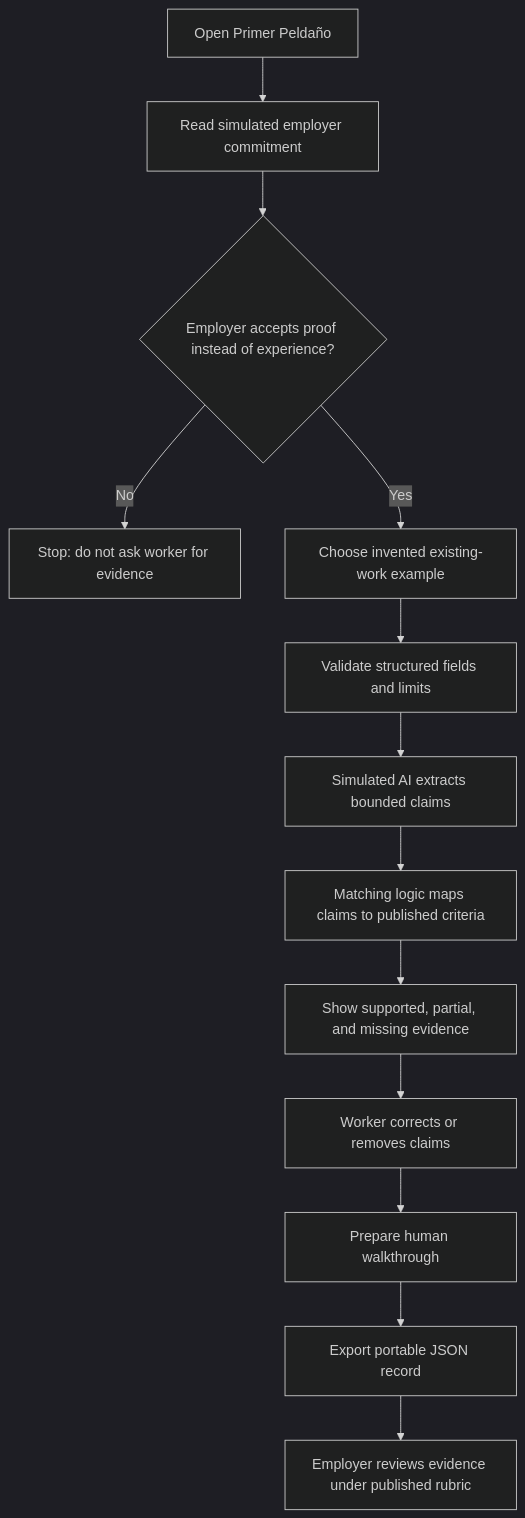
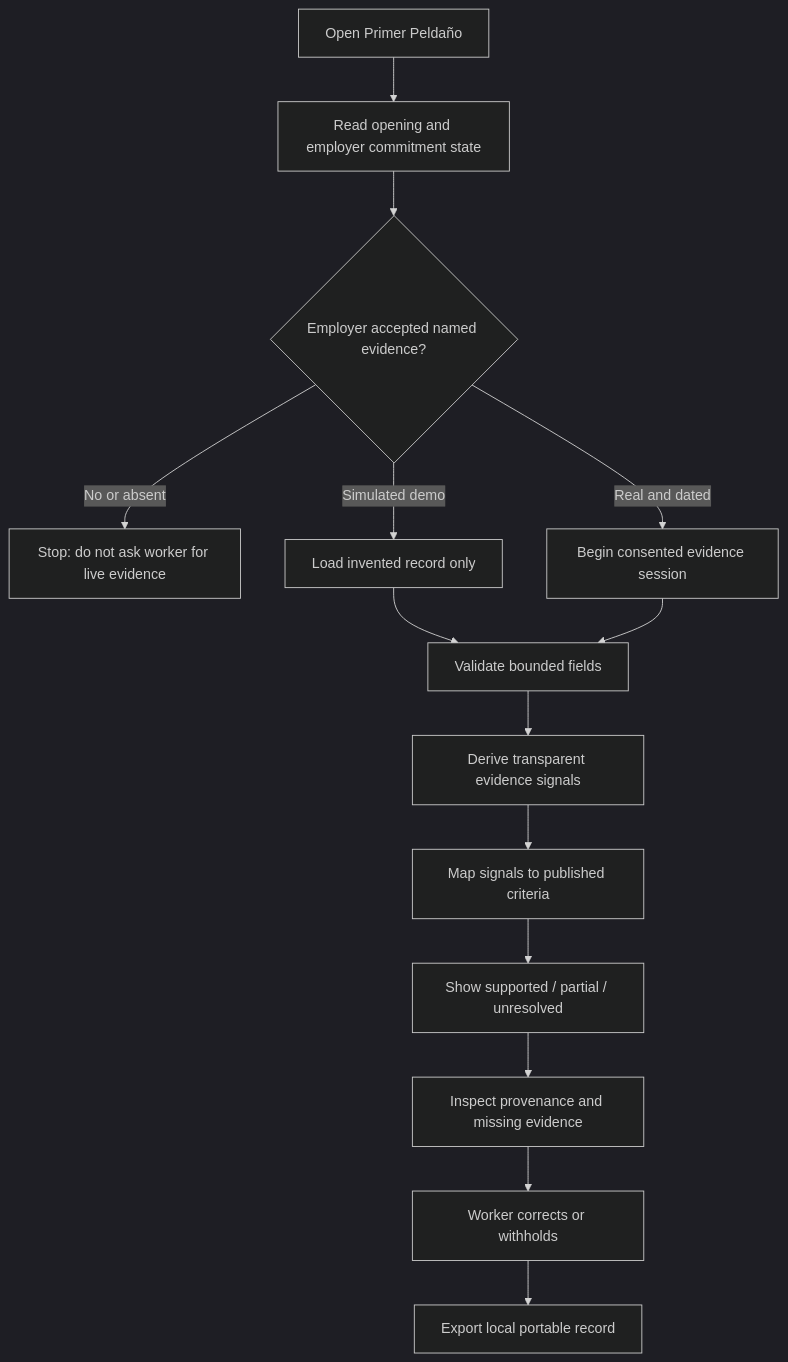
One commit to davidbuzali/week-12-primer-peldano changed the first of 2 diagrams in docs/PACKET.md. Above: the diagram before and after it, drawn with Mermaid (dark theme). The commit also changed other lines of this file and 4 other files, not shown here.

Commit message:
docs: charter the Week 12 venture rebuild

````diff
--- a/docs/PACKET.md
+++ b/docs/PACKET.md
@@ -40,15 +27,16 @@
 ```mermaid
 flowchart TD
-    A[Open Primer Peldaño] --> B[Read simulated employer commitment]
-    B --> C{Employer accepts proof instead of experience?}
-    C -- No --> X[Stop: do not ask worker for evidence]
-    C -- Yes --> D[Choose invented existing-work example]
-    D --> E[Validate structured fields and limits]
-    E --> F[Simulated AI extracts bounded claims]
-    F --> G[Matching logic maps claims to published criteria]
-    G --> H[Show supported, partial, and missing evidence]
-    H --> I[Worker corrects or removes claims]
-    I --> J[Prepare human walkthrough]
-    J --> K[Export portable JSON record]
-    K --> L[Employer reviews evidence under published rubric]
+    A[Open Primer Peldaño] --> B[Read opening and employer commitment state]
+    B --> C{Employer accepted named evidence?}
+    C -- No or absent --> X[Stop: do not ask worker for live evidence]
+    C -- Simulated demo --> D[Load invented record only]
+    C -- Real and dated --> E[Begin consented evidence session]
+    D --> F[Validate bounded fields]
+    E --> F
+    F --> G[Derive transparent evidence signals]
+    G --> H[Map signals to published criteria]
+    H --> I[Show supported / partial / unresolved]
+    I --> J[Inspect provenance and missing evidence]
+    J --> K[Worker corrects or withholds]
+    K --> L[Export local portable record]
 ```
````
